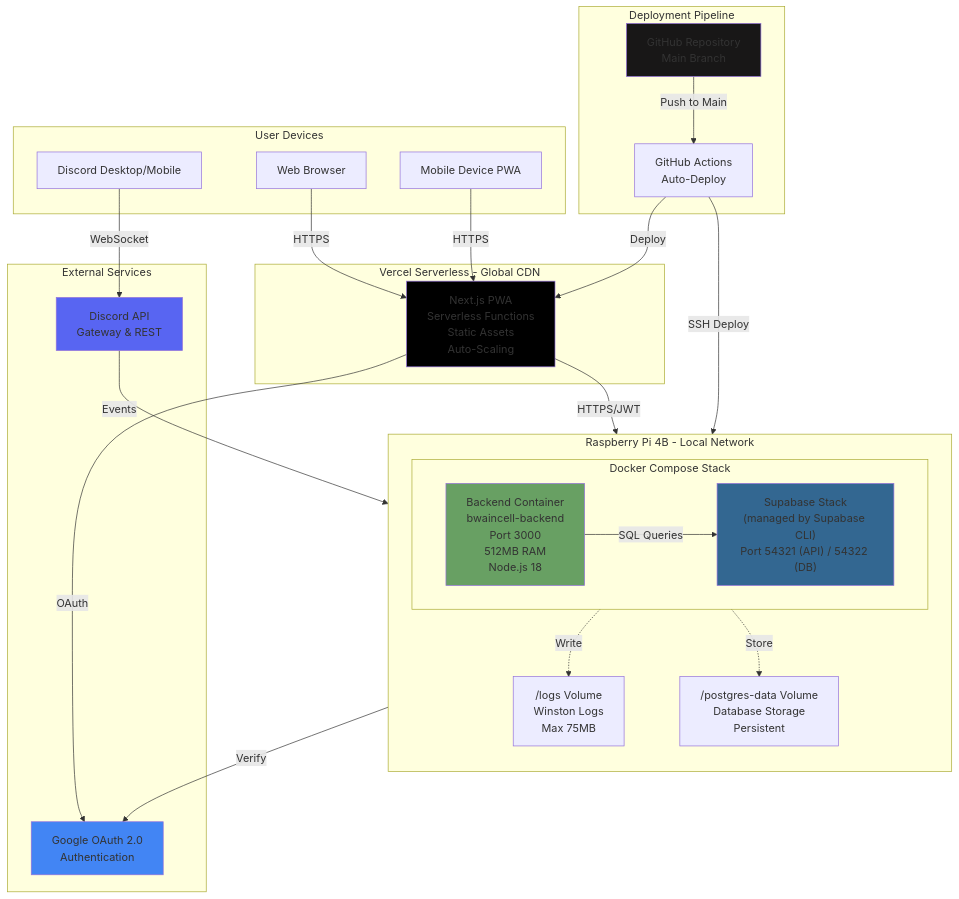
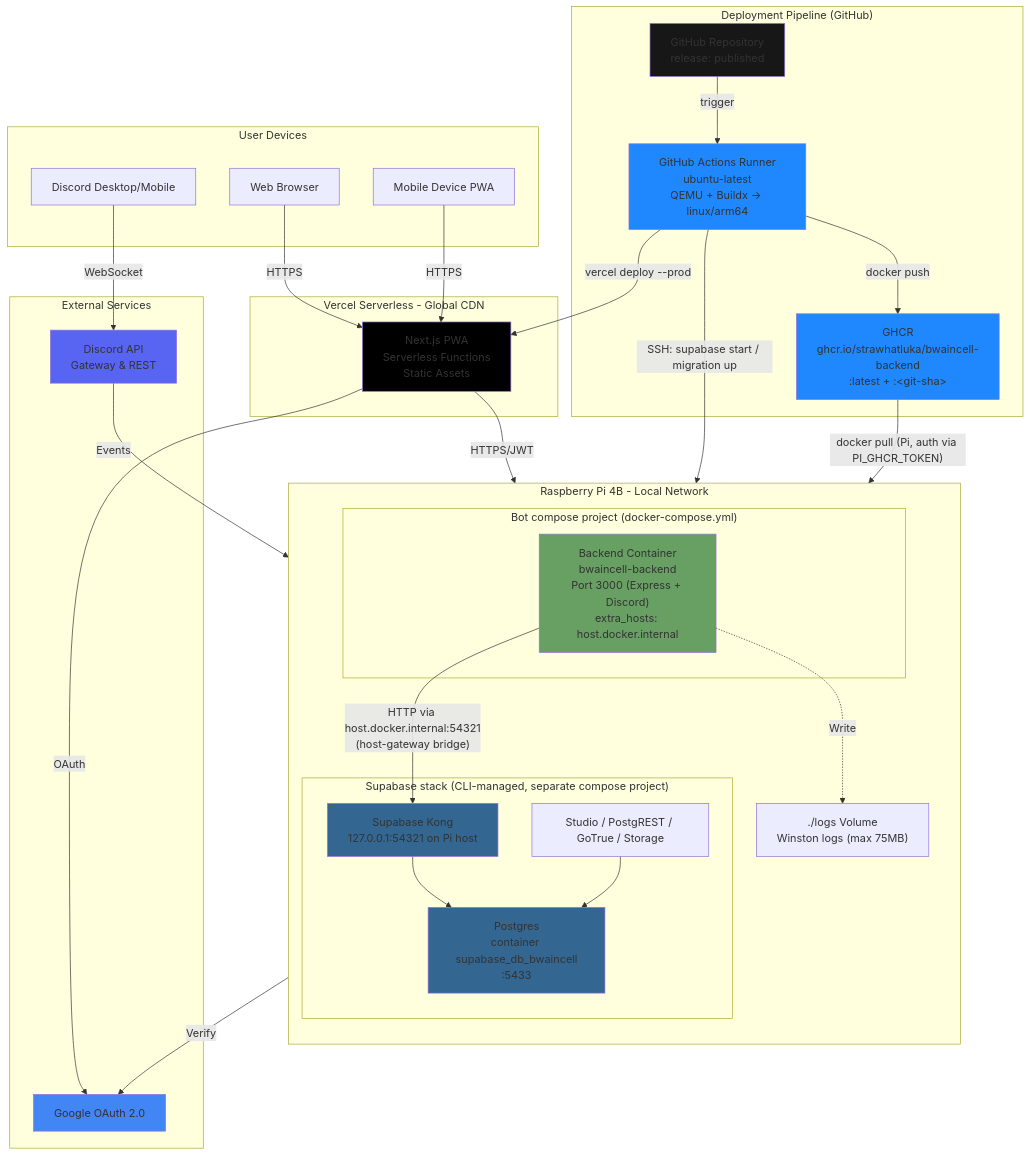
The fifth of 6 diagrams in docs/architecture/diagrams.md (strawhatluka/bwaincell), drawn with Mermaid before and after one commit. The commit also changed other lines of this file and 36 other files, not shown here.

Commit message:
docs(deployment): Update deployment and database alias details

````diff
--- a/docs/architecture/diagrams.md
+++ b/docs/architecture/diagrams.md
@@ -405,60 +405,71 @@
 ```mermaid
 graph TB
     subgraph "User Devices"
         DiscordClient[Discord Desktop/Mobile]
         WebBrowser[Web Browser]
         MobileDevice[Mobile Device PWA]
     end
 
+    subgraph "Deployment Pipeline (GitHub)"
+        GitHub[GitHub Repository<br/>release: published]
+        GHA_Runner["GitHub Actions Runner<br/>ubuntu-latest<br/>QEMU + Buildx → linux/arm64"]
+        GHCR["GHCR<br/>ghcr.io/strawhatluka/bwaincell-backend<br/>:latest + :&lt;git-sha&gt;"]
+
+        GitHub -->|trigger| GHA_Runner
+        GHA_Runner -->|docker push| GHCR
+    end
+
     subgraph "Raspberry Pi 4B - Local Network"
         direction TB
 
-        subgraph "Docker Compose Stack"
-            direction LR
-            Backend["Backend Container<br/>bwaincell-backend<br/>Port 3000<br/>512MB RAM<br/>Node.js 18"]
-            SupabaseStack["Supabase Stack<br/>(managed by Supabase CLI)<br/>Port 54321 (API) / 54322 (DB)"]
+        subgraph "Bot compose project (docker-compose.yml)"
+            Backend["Backend Container<br/>bwaincell-backend<br/>Port 3000 (Express + Discord)<br/>extra_hosts: host.docker.internal"]
         end
 
-        Logs["/logs Volume<br/>Winston Logs<br/>Max 75MB"]
-        Data["/postgres-data Volume<br/>Database Storage<br/>Persistent"]
+        subgraph "Supabase stack (CLI-managed, separate compose project)"
+            Kong["Supabase Kong<br/>127.0.0.1:54321 on Pi host"]
+            Postgres["Postgres<br/>container supabase_db_bwaincell<br/>:5433"]
+            Studio["Studio / PostgREST / GoTrue / Storage"]
+            Kong --> Postgres
+            Studio --> Postgres
+        end
+
+        Logs["./logs Volume<br/>Winston logs (max 75MB)"]
 
         Backend -.->|Write| Logs
-        SupabaseStack -.->|Store| Data
-        Backend -->|SQL Queries| SupabaseStack
+        Backend -->|"HTTP via host.docker.internal:54321<br/>(host-gateway bridge)"| Kong
     end
 
     subgraph "Vercel Serverless - Global CDN"
-        Frontend["Next.js PWA<br/>Serverless Functions<br/>Static Assets<br/>Auto-Scaling"]
+        Frontend["Next.js PWA<br/>Serverless Functions<br/>Static Assets"]
     end
 
     subgraph "External Services"
         DiscordAPI[Discord API<br/>Gateway & REST]
-        GoogleAuth[Google OAuth 2.0<br/>Authentication]
-    end
-
-    subgraph "Deployment Pipeline"
-        GitHub[GitHub Repository<br/>Main Branch]
-        Actions[GitHub Actions<br/>Auto-Deploy]
+        GoogleAuth[Google OAuth 2.0]
     end
 
     DiscordClient -->|WebSocket| DiscordAPI
     DiscordAPI -->|Events| Backend
 
     WebBrowser -->|HTTPS| Frontend
     MobileDevice -->|HTTPS| Frontend
 
     Frontend -->|HTTPS/JWT| Backend
     Frontend -->|OAuth| GoogleAuth
     Backend -->|Verify| GoogleAuth
 
-    GitHub -->|Push to Main| Actions
-    Actions -->|SSH Deploy| Backend
-    Actions -->|Deploy| Frontend
+    GHA_Runner -->|SSH: supabase start / migration up| Postgres
+    GHCR -->|"docker pull (Pi, auth via PI_GHCR_TOKEN)"| Backend
+    GHA_Runner -->|vercel deploy --prod| Frontend
 
     style Backend fill:#68A063
-    style SupabaseStack fill:#336791
+    style Kong fill:#336791
+    style Postgres fill:#336791
     style Frontend fill:#000000
     style DiscordAPI fill:#5865F2
     style GoogleAuth fill:#4285F4
     style GitHub fill:#181717
+    style GHCR fill:#2088FF
+    style GHA_Runner fill:#2088FF
 ```
````
